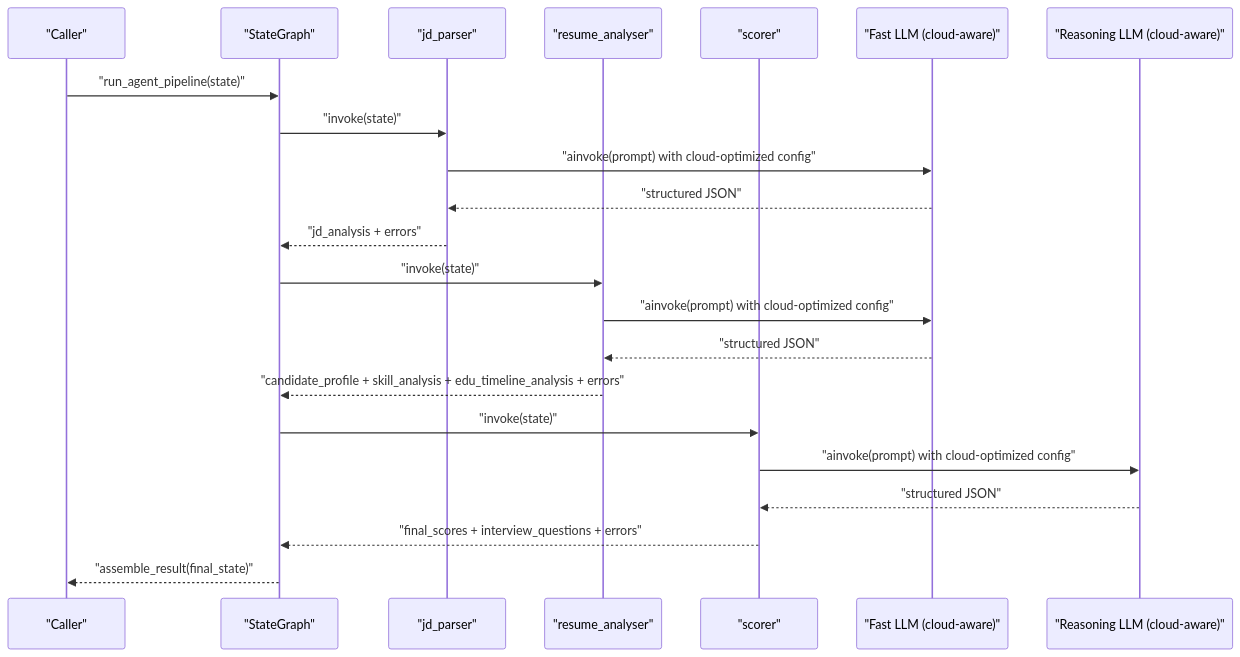
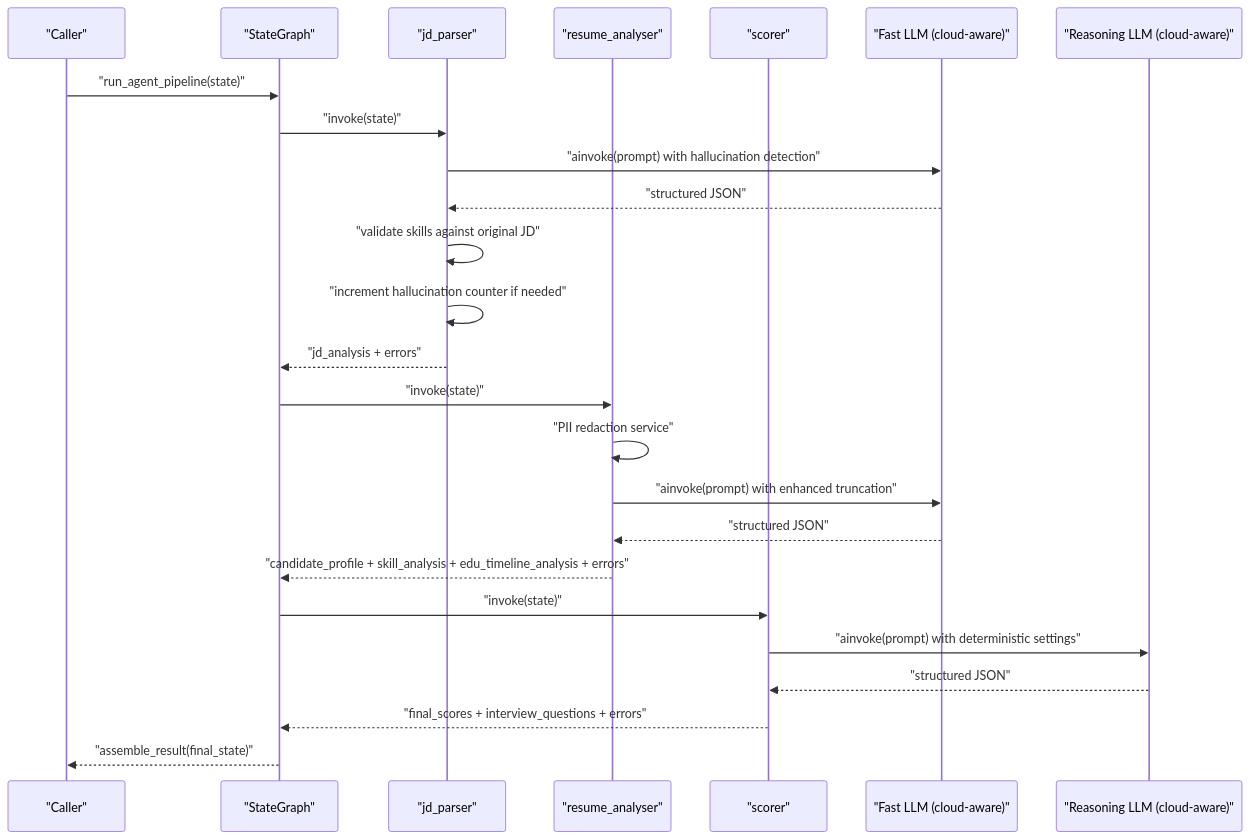
The second of 7 diagrams in .qoder/repowiki/en/content/Analysis Engine/Agent Pipeline (LangGraph).md (Revanththetalogics/aireume), drawn with Mermaid before and after one commit. The commit also changed other lines of this file and 15 other files, not shown here.

````diff
--- a/.qoder/repowiki/en/content/Analysis Engine/Agent Pipeline (LangGraph).md
+++ b/.qoder/repowiki/en/content/Analysis Engine/Agent Pipeline (LangGraph).md
@@ -89,24 +104,27 @@
 ```mermaid
 sequenceDiagram
 participant Client as "Caller"
 participant Graph as "StateGraph"
 participant JD as "jd_parser"
 participant RA as "resume_analyser"
 participant SC as "scorer"
 participant O1 as "Fast LLM (cloud-aware)"
 participant O2 as "Reasoning LLM (cloud-aware)"
 Client->>Graph : "run_agent_pipeline(state)"
 Graph->>JD : "invoke(state)"
-JD->>O1 : "ainvoke(prompt) with cloud-optimized config"
+JD->>O1 : "ainvoke(prompt) with hallucination detection"
 O1-->>JD : "structured JSON"
+JD->>JD : "validate skills against original JD"
+JD->>JD : "increment hallucination counter if needed"
 JD-->>Graph : "jd_analysis + errors"
 Graph->>RA : "invoke(state)"
-RA->>O1 : "ainvoke(prompt) with cloud-optimized config"
+RA->>RA : "PII redaction service"
+RA->>O1 : "ainvoke(prompt) with enhanced truncation"
 O1-->>RA : "structured JSON"
 RA-->>Graph : "candidate_profile + skill_analysis + edu_timeline_analysis + errors"
 Graph->>SC : "invoke(state)"
-SC->>O2 : "ainvoke(prompt) with cloud-optimized config"
+SC->>O2 : "ainvoke(prompt) with deterministic settings"
 O2-->>SC : "structured JSON"
 SC-->>Graph : "final_scores + interview_questions + errors"
 Graph-->>Client : "assemble_result(final_state)"
 ```
````
